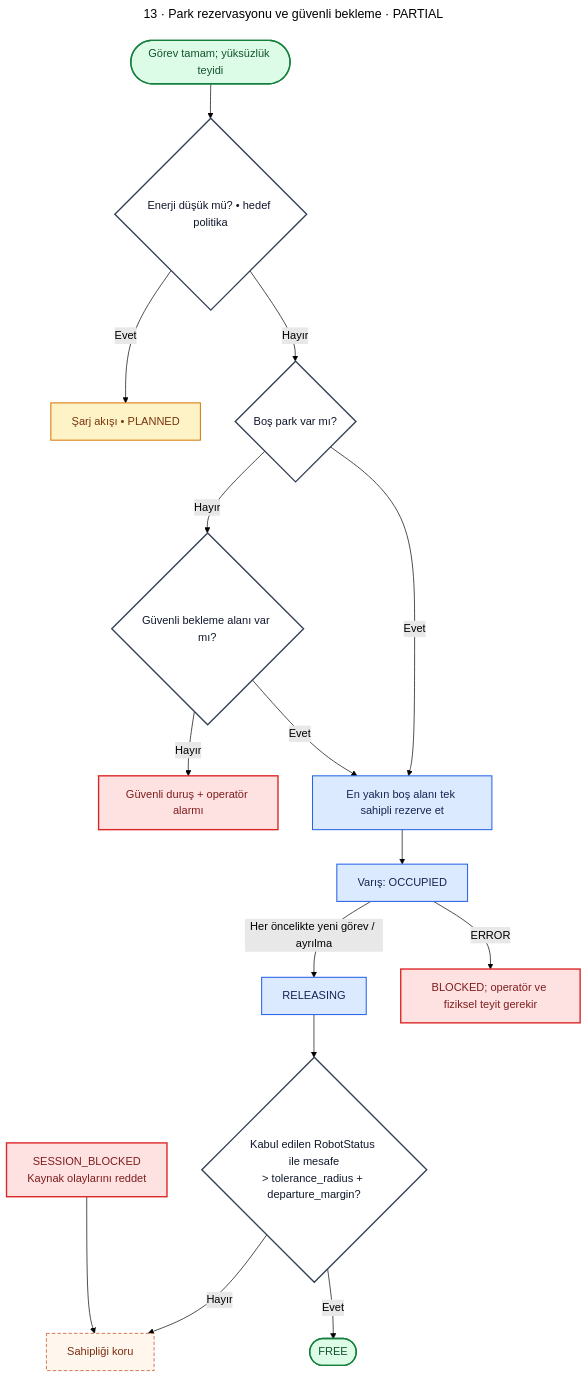
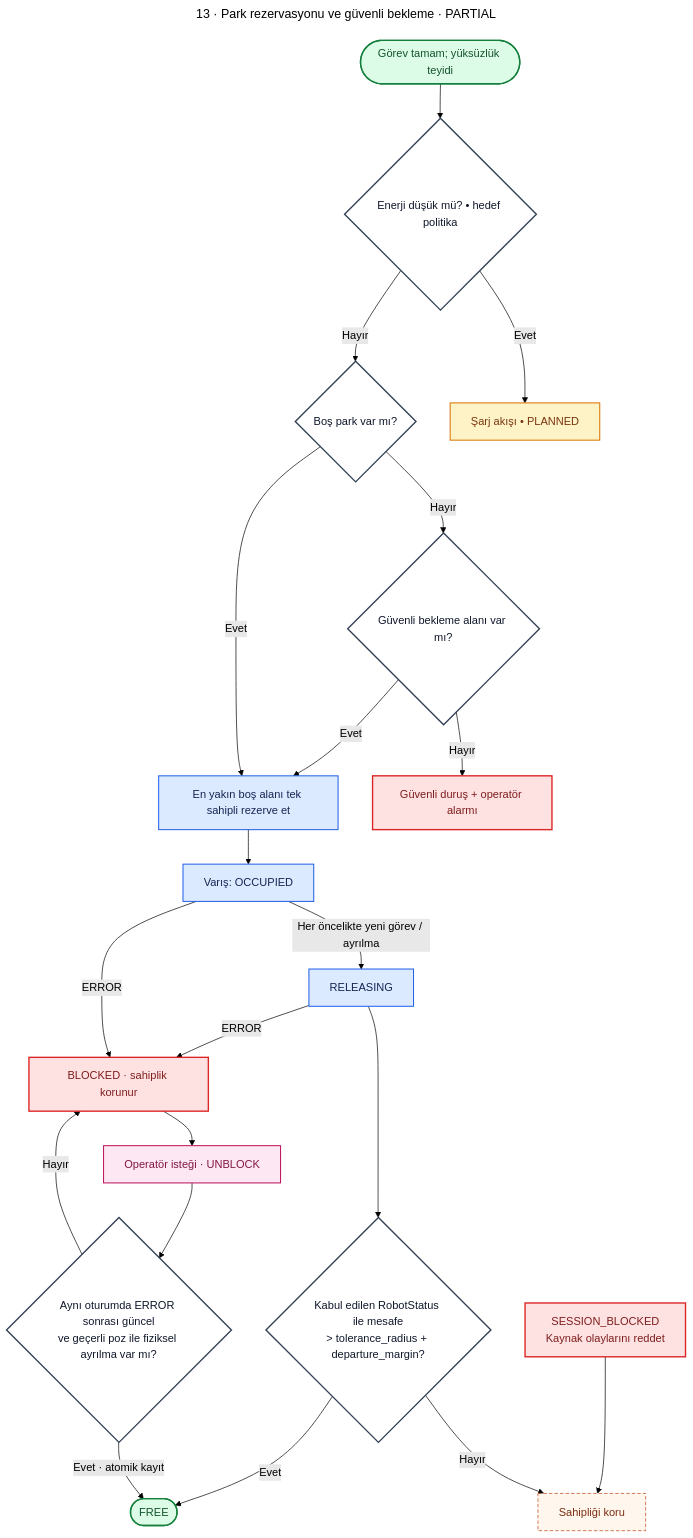
One commit to m-gnr/ros2-fleet-manager changed diagram 13 of 18 in docs/diagrams/README.md. Above: the diagram before and after it, drawn with Mermaid (forest theme). The commit also changed other lines of this file and 22 other files, not shown here.

Commit message:
fix(fleet-manager): require physical proof before station unblock

````diff
--- a/docs/diagrams/README.md
+++ b/docs/diagrams/README.md
@@ -747,31 +747,36 @@
 ```mermaid
 ---
 title: "13 · Park rezervasyonu ve güvenli bekleme · PARTIAL"
 ---
 flowchart TD
  A(["Görev tamam; yüksüzlük teyidi"]):::terminal --> LOW{"Enerji düşük mü? • hedef politika"}:::decision
  LOW -->|"Evet"| C["Şarj akışı • PLANNED"]:::battery
  LOW -->|"Hayır"| PARK{"Boş park var mı?"}:::decision
  PARK -->|"Hayır"| SAFE{"Güvenli bekleme alanı var mı?"}:::decision
  SAFE -->|"Hayır"| STOP["Güvenli duruş + operatör alarmı"]:::error
  PARK -->|"Evet"| RES["En yakın boş alanı tek sahipli rezerve et"]:::fm
  SAFE -->|"Evet"| RES
  RES --> OCC["Varış: OCCUPIED"]:::fm
  OCC -->|"Her öncelikte yeni görev / ayrılma"| REL["RELEASING"]:::fm
  REL --> P{"Kabul edilen RobotStatus ile mesafe<br/>> tolerance_radius + departure_margin?"}:::decision
  P -->|"Hayır"| WAIT["Sahipliği koru"]:::wait
  P -->|"Evet"| FREE(["FREE"]):::terminal
- OCC -->|"ERROR"| BLOCK["BLOCKED; operatör ve fiziksel teyit gerekir"]:::error
+ OCC -->|"ERROR"| BLOCK["BLOCKED · sahiplik korunur"]:::error
+ REL -->|"ERROR"| BLOCK
+ BLOCK --> OP["Operatör isteği · UNBLOCK"]:::ui
+ OP --> PROOF{"Aynı oturumda ERROR sonrası güncel<br/>ve geçerli poz ile fiziksel ayrılma var mı?"}:::decision
+ PROOF -->|"Hayır"| BLOCK
+ PROOF -->|"Evet · atomik kayıt"| FREE
  SESSION["SESSION_BLOCKED<br/>Kaynak olaylarını reddet"]:::error --> WAIT
 
  classDef fm fill:#dbeafe,stroke:#2563eb,color:#172554,stroke-width:1.5px;
  classDef executor fill:#ede9fe,stroke:#7c3aed,color:#2e1065,stroke-width:1.5px;
  classDef nav fill:#ccfbf1,stroke:#0f766e,color:#134e4a,stroke-width:1.5px;
  classDef battery fill:#fef3c7,stroke:#d97706,color:#78350f,stroke-width:1.5px;
  classDef db fill:#e2e8f0,stroke:#475569,color:#0f172a,stroke-width:1.5px;
  classDef ui fill:#fce7f3,stroke:#be185d,color:#831843,stroke-width:1.5px;
  classDef decision fill:#fff,stroke:#334155,color:#0f172a,stroke-width:2px;
  classDef error fill:#fee2e2,stroke:#dc2626,color:#7f1d1d,stroke-width:2px;
  classDef wait fill:#fff7ed,stroke:#c2410c,color:#7c2d12,stroke-dasharray:5 3;
  classDef terminal fill:#dcfce7,stroke:#15803d,color:#14532d,stroke-width:2px;
 ```
````
